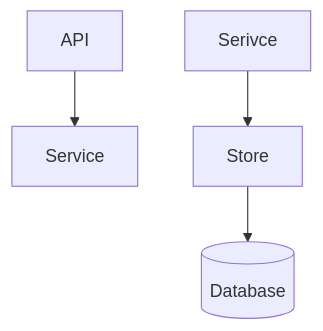
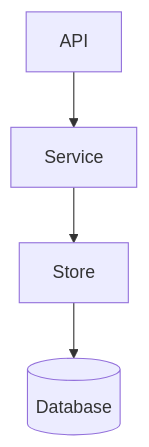
One commit to davestearns/identity-service changed the diagram in README.md. Above: the diagram before and after it, drawn with Mermaid.

Commit message:
fix mermaid diagram

````diff
--- a/README.md
+++ b/README.md
@@ -33,6 +33,4 @@
 ```mermaid
 flowchart TD;
-    API --> Service;
-    Serivce --> Store;
-    Store --> Database[(Database)];
+    API --> Service --> Store --> Database[(Database)];
 ```
````
